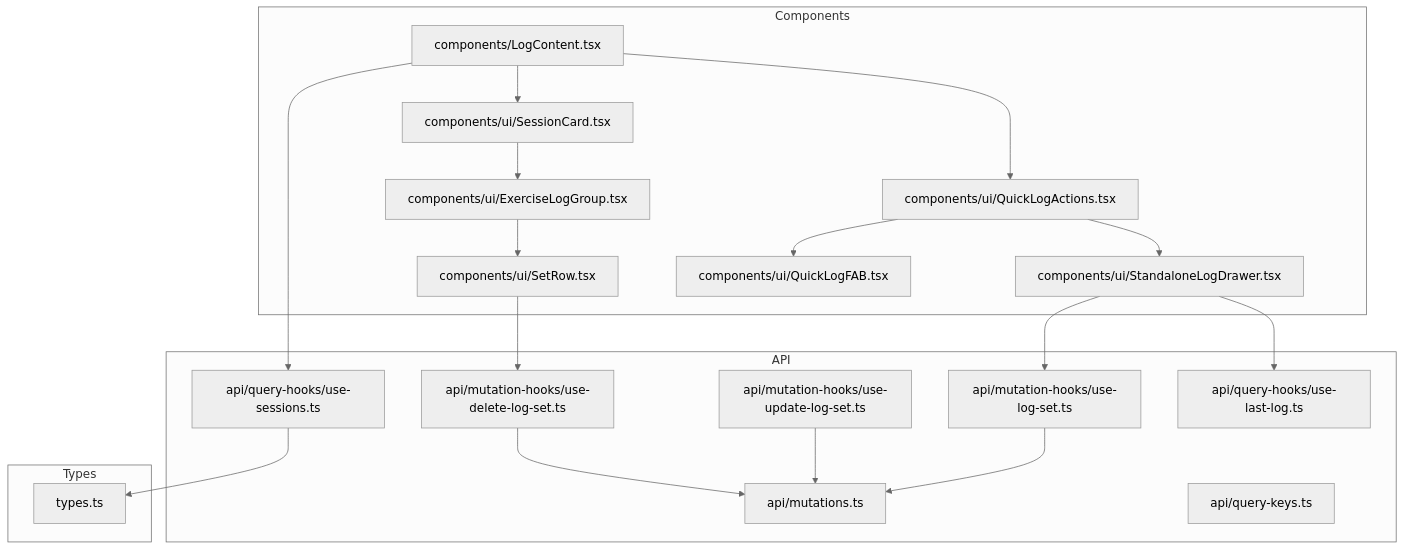
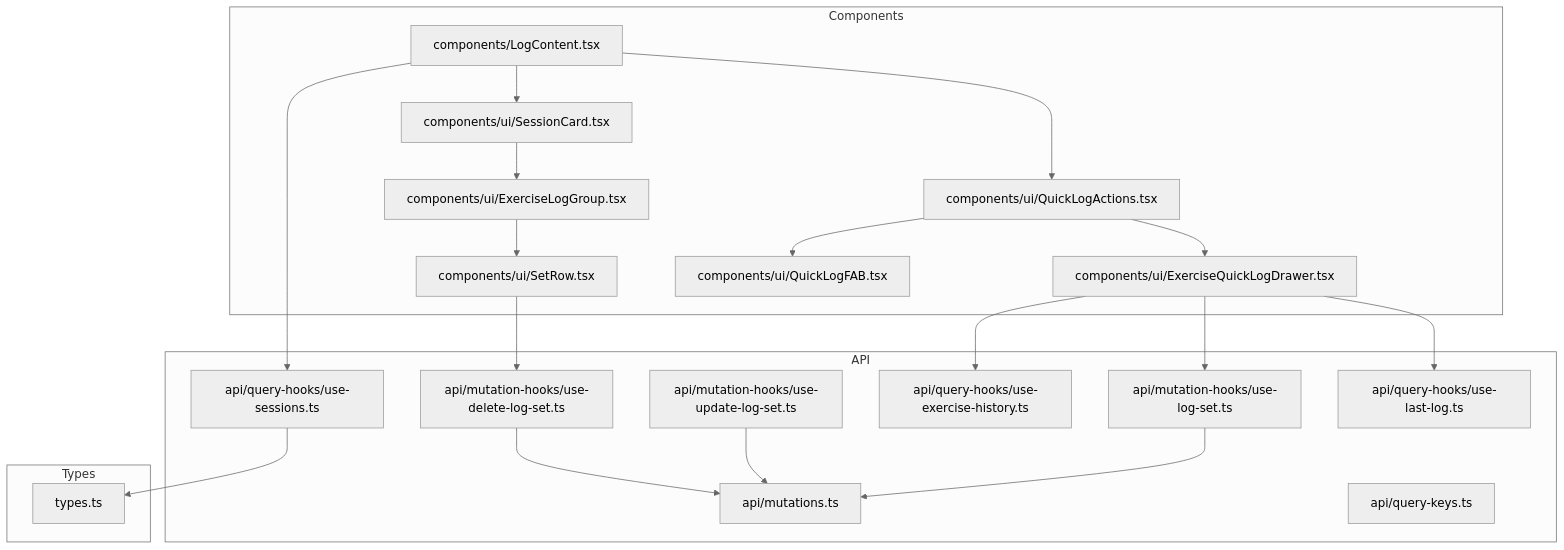
The diagram in app/features/logging/code-graph.md (himanshunegi378/workout), drawn with Mermaid (neutral theme) before and after one commit. The commit also changed other lines of this file and 20 other files, not shown here.

````diff
--- a/app/features/logging/code-graph.md
+++ b/app/features/logging/code-graph.md
@@ -3,47 +3,49 @@
 ```mermaid
 graph TD
     subgraph Components
         LogContent[components/LogContent.tsx]
         SessionCard[components/ui/SessionCard.tsx]
         ExerciseLogGroup[components/ui/ExerciseLogGroup.tsx]
         SetRow[components/ui/SetRow.tsx]
         QuickLogActions[components/ui/QuickLogActions.tsx]
         QuickLogFAB[components/ui/QuickLogFAB.tsx]
-        StandaloneLogDrawer[components/ui/StandaloneLogDrawer.tsx]
+        ExerciseQuickLogDrawer[components/ui/ExerciseQuickLogDrawer.tsx]
     end
 
     subgraph API
         useLogSet[api/mutation-hooks/use-log-set.ts]
         useDeleteLogSet[api/mutation-hooks/use-delete-log-set.ts]
         useUpdateLogSet[api/mutation-hooks/use-update-log-set.ts]
+        useExerciseHistory[api/query-hooks/use-exercise-history.ts]
         useLastLog[api/query-hooks/use-last-log.ts]
         useSessions[api/query-hooks/use-sessions.ts]
         mutations[api/mutations.ts]
         queryKeys[api/query-keys.ts]
     end
 
     subgraph Types
         types[types.ts]
     end
 
     LogContent --> useSessions
     LogContent --> SessionCard
     LogContent --> QuickLogActions
     
     SessionCard --> ExerciseLogGroup
     
     ExerciseLogGroup --> SetRow
     
     SetRow --> useDeleteLogSet
     
     QuickLogActions --> QuickLogFAB
-    QuickLogActions --> StandaloneLogDrawer
+    QuickLogActions --> ExerciseQuickLogDrawer
     
-    StandaloneLogDrawer --> useLogSet
-    StandaloneLogDrawer --> useLastLog
+    ExerciseQuickLogDrawer --> useExerciseHistory
+    ExerciseQuickLogDrawer --> useLogSet
+    ExerciseQuickLogDrawer --> useLastLog
 
     useLogSet --> mutations
     useDeleteLogSet --> mutations
     useUpdateLogSet --> mutations
     useSessions --> types
 ```
````
